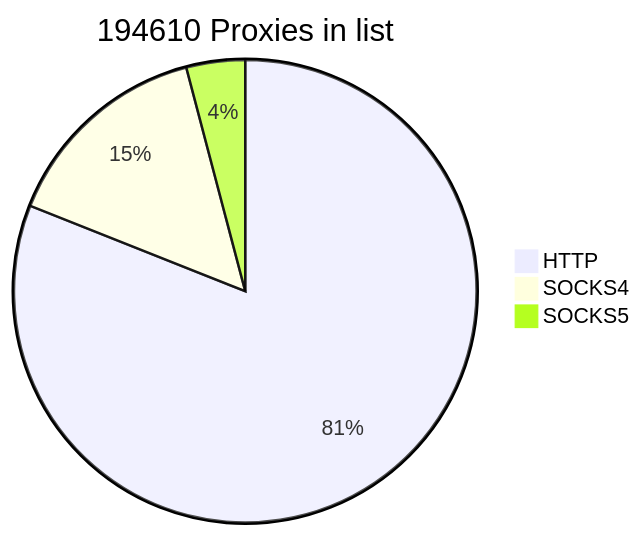
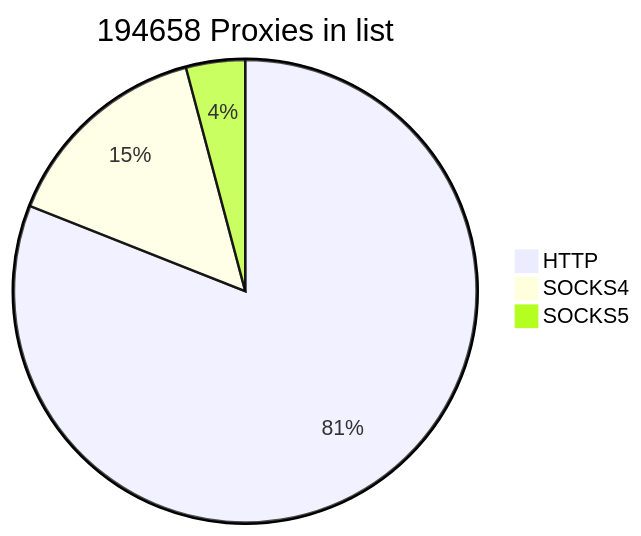
Before and after one commit to cutipu/proxylist: the first of 2 diagrams in README.md, drawn with Mermaid. The commit also changed other lines of this file, not shown here.

````diff
--- a/README.md
+++ b/README.md
@@ -2,7 +2,7 @@
 ```mermaid
-pie title 194610 Proxies in list
+pie title 194658 Proxies in list
     "HTTP" : 157667
-    "SOCKS4" : 28959
-    "SOCKS5" : 7984
+    "SOCKS4" : 28958
+    "SOCKS5" : 8033
             
 ```
````
